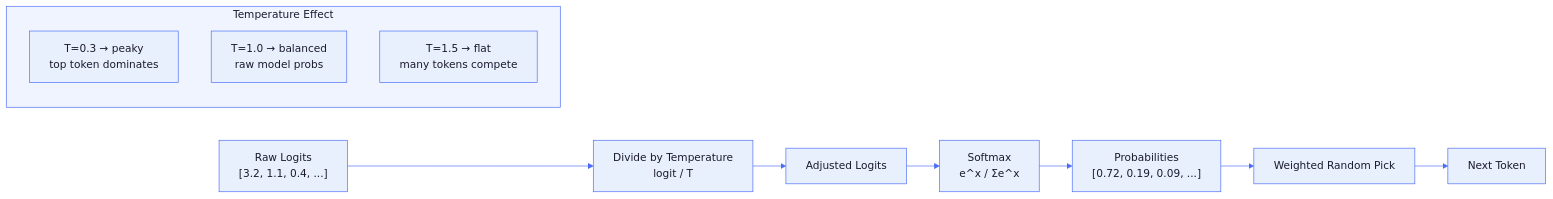
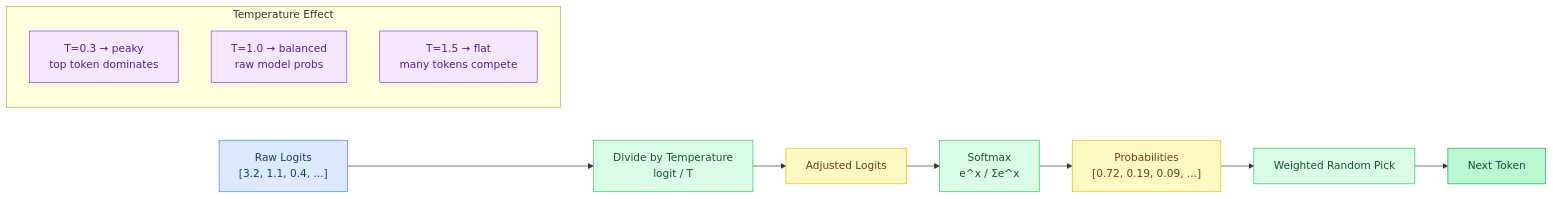
One commit to maci0/agave changed the first of 6 diagrams in docs/tutorial/07-sampling.md. Above: the diagram before and after it, drawn with Mermaid. The commit also changed other lines of this file and 24 other files, not shown here.

First line of the commit message:
docs: convert all mermaid diagrams to classDef semantic colors

````diff
--- a/docs/tutorial/07-sampling.md
+++ b/docs/tutorial/07-sampling.md
@@ -9,31 +9,33 @@
 ```mermaid
-%%{init: {'theme': 'base', 'themeVariables': {
-  'primaryColor': '#e8f0fe',
-  'primaryTextColor': '#1a1a2e',
-  'primaryBorderColor': '#4a6cf7',
-  'lineColor': '#4a6cf7',
-  'secondaryColor': '#f0f4ff',
-  'tertiaryColor': '#f8f9ff',
-  'edgeLabelBackground': '#ffffff',
-  'clusterBkg': '#f0f4ff',
-  'clusterBorder': '#4a6cf7',
-  'titleColor': '#1a1a2e',
-  'nodeTextColor': '#1a1a2e',
-  'fontFamily': 'ui-monospace, SFMono-Regular, monospace'
-}}}%%
 flowchart LR
-    Logits["Raw Logits\n[3.2, 1.1, 0.4, ...]"] --> Divide["Divide by Temperature\nlogit / T"]
-    Divide --> Adjusted["Adjusted Logits"]
-    Adjusted --> Softmax["Softmax\ne^x / Σe^x"]
-    Softmax --> Probs["Probabilities\n[0.72, 0.19, 0.09, ...]"]
-    Probs --> Sample["Weighted Random Pick"]
-    Sample --> Token["Next Token"]
+    classDef setup     fill:#dbeafe,stroke:#3b82f6,color:#1e3a5f
+    classDef sync      fill:#dcfce7,stroke:#22c55e,color:#14532d
+    classDef migration fill:#fef9c3,stroke:#eab308,color:#713f12
+    classDef success   fill:#bbf7d0,stroke:#16a34a,color:#14532d
+    classDef danger    fill:#fee2e2,stroke:#ef4444,color:#7f1d1d
+    classDef optional  fill:#f3e8ff,stroke:#9333ea,color:#581c87
+
+    Logits["Raw Logits\n[3.2, 1.1, 0.4, ...]"]:::setup
+    Divide["Divide by Temperature\nlogit / T"]:::sync
+    Adjusted["Adjusted Logits"]:::migration
+    Softmax["Softmax\ne^x / Σe^x"]:::sync
+    Probs["Probabilities\n[0.72, 0.19, 0.09, ...]"]:::migration
+    Sample["Weighted Random Pick"]:::sync
+    Token["Next Token"]:::success
+    T_low["T=0.3 → peaky\ntop token dominates"]:::optional
+    T_mid["T=1.0 → balanced\nraw model probs"]:::optional
+    T_high["T=1.5 → flat\nmany tokens compete"]:::optional
+
+    Logits --> Divide
+    Divide --> Adjusted
+    Adjusted --> Softmax
+    Softmax --> Probs
+    Probs --> Sample
+    Sample --> Token
 
     subgraph Effect["Temperature Effect"]
-        T_low["T=0.3 → peaky\ntop token dominates"]
-        T_mid["T=1.0 → balanced\nraw model probs"]
-        T_high["T=1.5 → flat\nmany tokens compete"]
+        T_low
+        T_mid
+        T_high
     end
-
-
 ```
````
